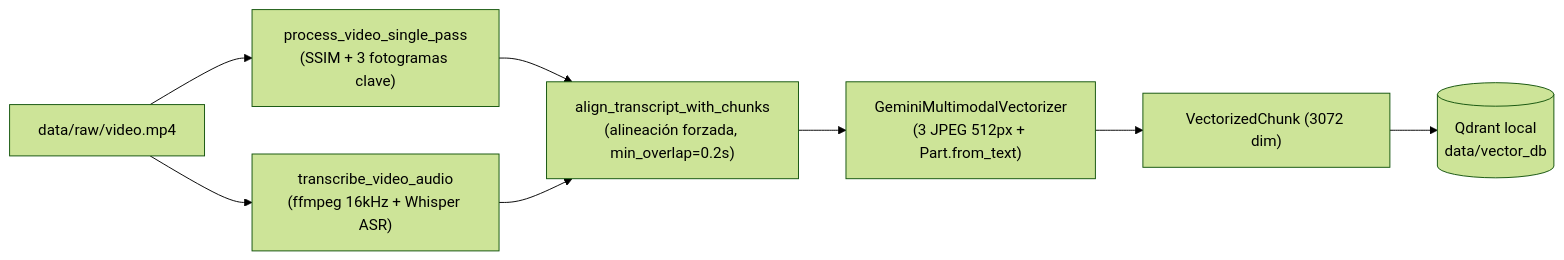
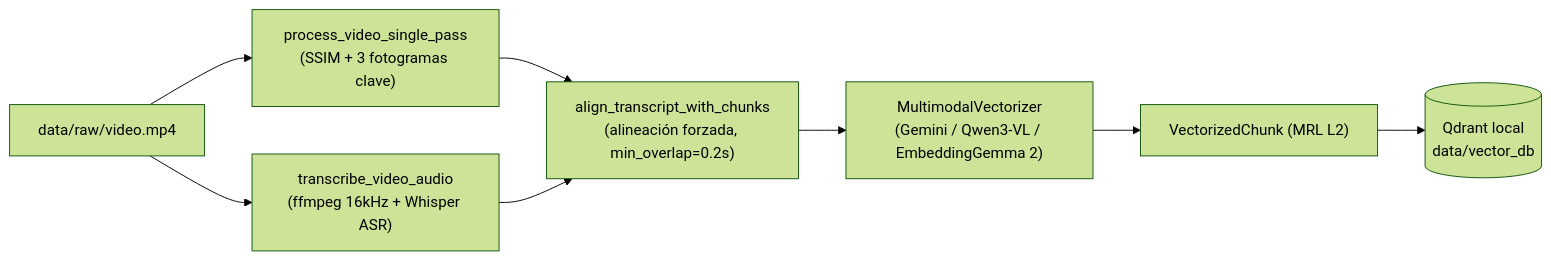
One commit to Sergiobs26mt/TFM-VideoRAG-Multimodal changed the first of 2 diagrams in README.md. Above: the diagram before and after it, drawn with Mermaid (forest theme). The commit also changed other lines of this file, not shown here.

````diff
--- a/README.md
+++ b/README.md
@@ -28,10 +28,10 @@
 ```mermaid
 flowchart LR
     A["data/raw/video.mp4"] --> B["process_video_single_pass<br/>(SSIM + 3 fotogramas clave)"]
     A --> W["transcribe_video_audio<br/>(ffmpeg 16kHz + Whisper ASR)"]
     B --> C["align_transcript_with_chunks<br/>(alineación forzada, min_overlap=0.2s)"]
     W --> C
-    C --> D["GeminiMultimodalVectorizer<br/>(3 JPEG 512px + Part.from_text)"]
-    D --> E["VectorizedChunk (3072 dim)"]
+    C --> D["MultimodalVectorizer<br/>(Gemini / Qwen3-VL / EmbeddingGemma 2)"]
+    D --> E["VectorizedChunk (MRL L2)"]
     E --> F[("Qdrant local<br/>data/vector_db")]
 ```
````
